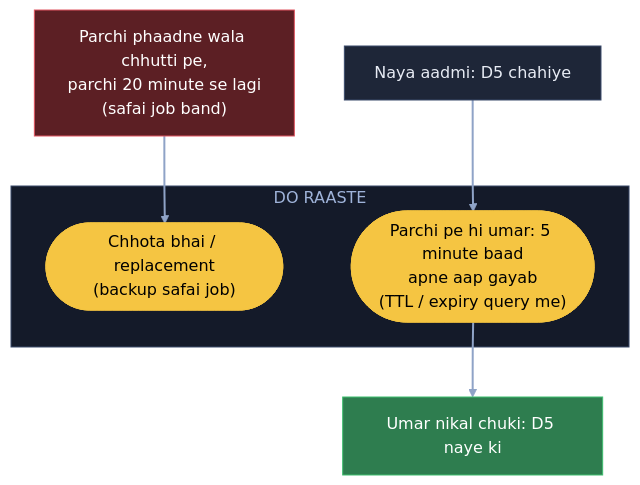
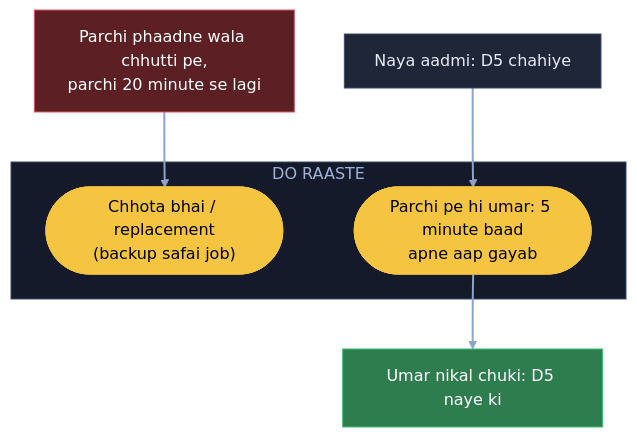
One commit to ArpanMaheshwari144/Prep changed the third of 12 diagrams in 04_HLD/SYSTEM_DESIGNS/09_bookmyshow/09_bookmyshow.md. Above: the diagram before and after it, drawn with Mermaid. The commit also changed other lines of this file and 20 other files, not shown here.

Commit message:
Diagram: sirf hand notes wale naam rahe (66 apne joda naam hataye); README 22-Nov tak update

````diff
--- a/04_HLD/SYSTEM_DESIGNS/09_bookmyshow/09_bookmyshow.md
+++ b/04_HLD/SYSTEM_DESIGNS/09_bookmyshow/09_bookmyshow.md
@@ -164,19 +164,19 @@
 ```mermaid
 flowchart TB
-    X["Parchi phaadne wala chhutti pe,<br/>parchi 20 minute se lagi<br/>(safai job band)"]:::bad
+    X["Parchi phaadne wala chhutti pe,<br/>parchi 20 minute se lagi"]:::bad
     N["Naya aadmi: D5 chahiye"]:::card
     subgraph DR["DO RAASTE"]
         B(["Chhota bhai / replacement<br/>(backup safai job)"]):::pill
-        U(["Parchi pe hi umar: 5 minute baad<br/>apne aap gayab<br/>(TTL / expiry query me)"]):::pill
+        U(["Parchi pe hi umar: 5 minute baad<br/>apne aap gayab"]):::pill
     end
     OK["Umar nikal chuki: D5 naye ki"]:::good
     X --> B
     N --> U
     U --> OK
     linkStyle default stroke:#8fa3c7,stroke-width:2px
     classDef card fill:#1e2638,stroke:#3a4a6b,color:#e8ecf5
     classDef pill fill:#f5c542,stroke:#f5c542,color:#000
     classDef good fill:#2e7d4f,stroke:#3fbf6f,color:#fff
     classDef bad fill:#5c1f24,stroke:#e05561,color:#fff
     style DR fill:#141a29,stroke:#3a4a6b,color:#9fb3d9
 ```
````
